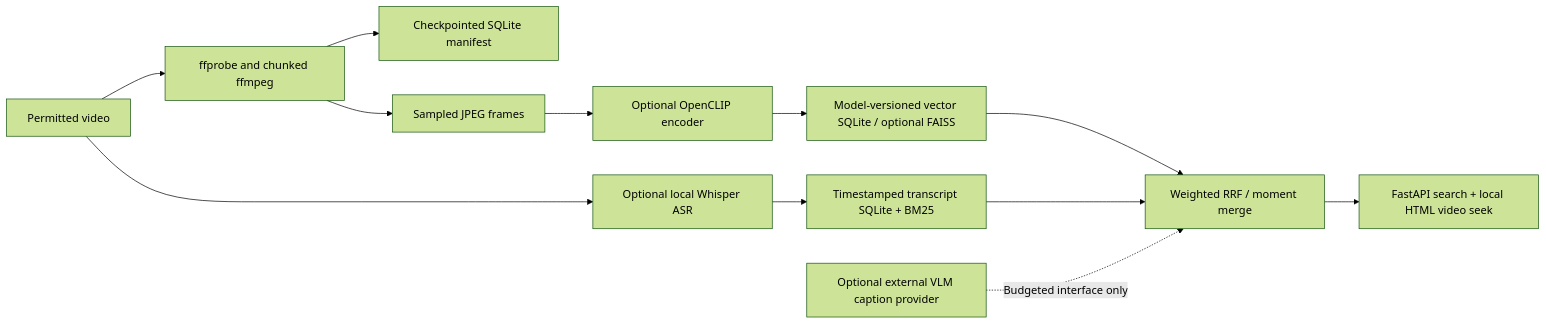
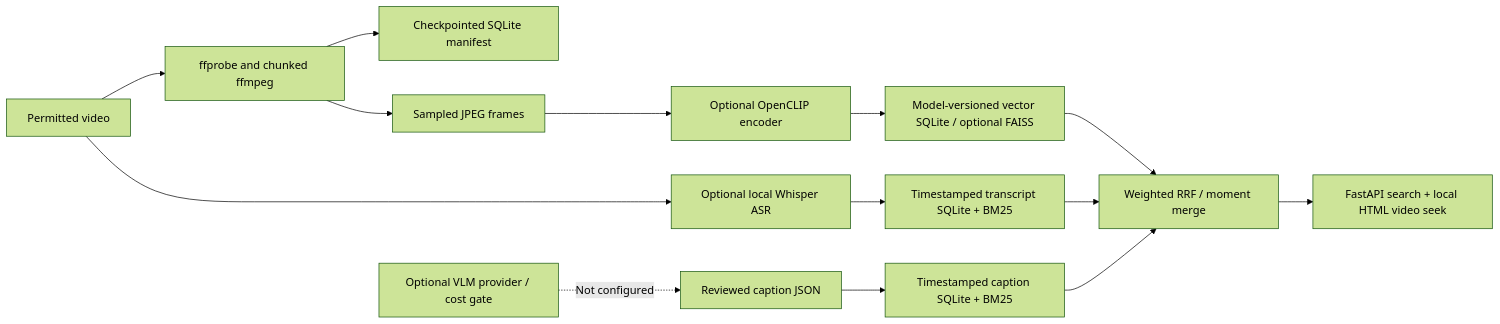
The diagram in README.md (DanyVX/video-understanding-search), drawn with Mermaid (forest theme) before and after one commit. The commit also changed other lines of this file, not shown here.

Commit message:
docs: describe indexed caption channel and unresolved VLM evaluation

````diff
--- a/README.md
+++ b/README.md
@@ -41,14 +41,16 @@
 ```mermaid
 flowchart LR
     A[Permitted video] --> B[ffprobe and chunked ffmpeg]
     B --> C[Checkpointed SQLite manifest]
     B --> D[Sampled JPEG frames]
     D --> E[Optional OpenCLIP encoder]
     E --> F[Model-versioned vector SQLite / optional FAISS]
     A --> G[Optional local Whisper ASR]
     G --> H[Timestamped transcript SQLite + BM25]
     F --> I[Weighted RRF / moment merge]
     H --> I
     I --> J[FastAPI search + local HTML video seek]
-    K[Optional external VLM caption provider] -. Budgeted interface only .-> I
+    K[Reviewed caption JSON] --> L[Timestamped caption SQLite + BM25]
+    L --> I
+    M[Optional VLM provider / cost gate] -. Not configured .-> K
 ```
````
